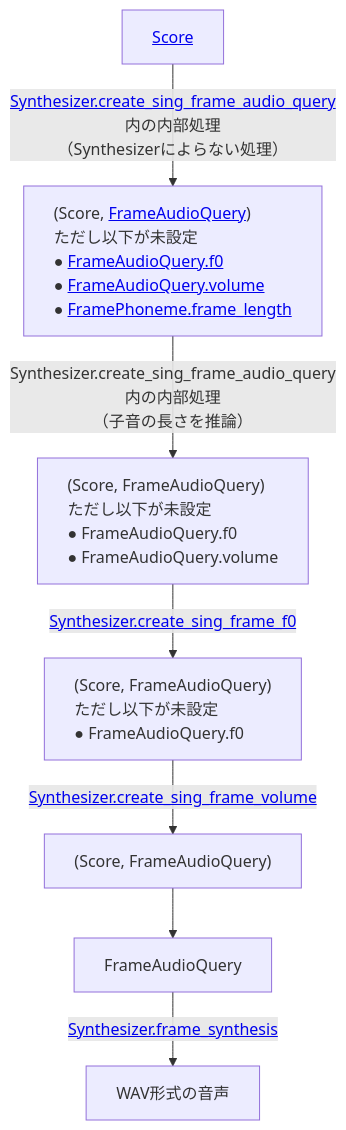
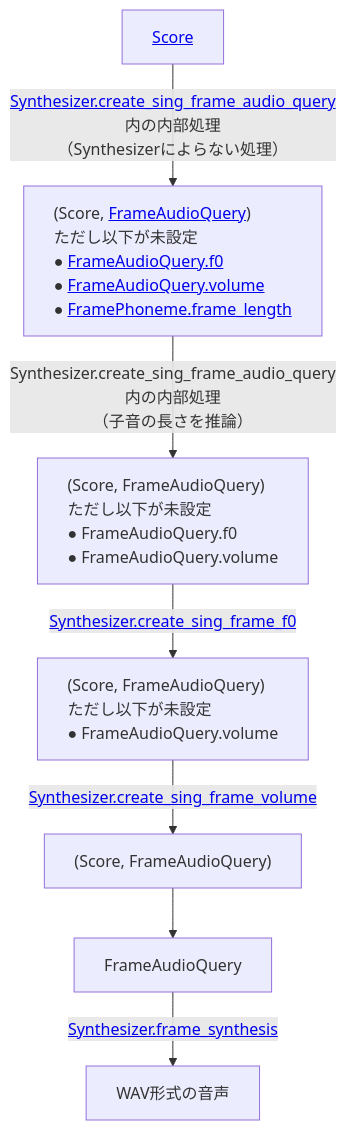
Before and after one commit to VOICEVOX/voicevox_core: the second of 2 diagrams in docs/guide/user/song.md, drawn with Mermaid. The commit also changed other lines of this file, not shown here.

````diff
--- a/docs/guide/user/song.md
+++ b/docs/guide/user/song.md
@@ -116,34 +116,34 @@
 ```mermaid
 %%{init: {"flowchart": {"wrappingWidth": 1000}}}%%
 flowchart TD;
   score[<a href="https://voicevox.github.io/voicevox_core/apis/python_api/autoapi/voicevox_core/index.html#voicevox_core.Score">Score</a>]
     -->|<a href="https://voicevox.github.io/voicevox_core/apis/python_api/autoapi/voicevox_core/blocking/index.html#voicevox_core.blocking.Synthesizer.create_sing_frame_audio_query">Synthesizer.create_sing_frame_audio_query</a>内の内部処理<br>（Synthesizerによらない処理）| phase1[
       #40;Score, <a href="https://voicevox.github.io/voicevox_core/apis/python_api/autoapi/voicevox_core/index.html#voicevox_core.FrameAudioQuery">FrameAudioQuery</a>#41;
       ただし以下が未設定
       ● <a href="https://voicevox.github.io/voicevox_core/apis/python_api/autoapi/voicevox_core/index.html#voicevox_core.FrameAudioQuery.f0">FrameAudioQuery.f0</a>
       ● <a href="https://voicevox.github.io/voicevox_core/apis/python_api/autoapi/voicevox_core/index.html#voicevox_core.FrameAudioQuery.volume">FrameAudioQuery.volume</a>
       ● <a href="https://voicevox.github.io/voicevox_core/apis/python_api/autoapi/voicevox_core/index.html#voicevox_core.FramePhoneme.frame_length">FramePhoneme.frame_length</a>
     ]
     -->|Synthesizer.create_sing_frame_audio_query内の内部処理<br>（子音の長さを推論）| phase2[
       #40;Score, FrameAudioQuery#41;
       ただし以下が未設定
       ● FrameAudioQuery.f0
       ● FrameAudioQuery.volume
     ]
     -->|<a href="https://voicevox.github.io/voicevox_core/apis/python_api/autoapi/voicevox_core/blocking/index.html#voicevox_core.blocking.Synthesizer.create_sing_frame_f0">Synthesizer.create_sing_frame_f0</a>| phase3[
       #40;Score, FrameAudioQuery#41;
       ただし以下が未設定
-      ● FrameAudioQuery.f0
+      ● FrameAudioQuery.volume
     ]
     -->|<a href="https://voicevox.github.io/voicevox_core/apis/python_api/autoapi/voicevox_core/blocking/index.html#voicevox_core.blocking.Synthesizer.create_sing_frame_volume">Synthesizer.create_sing_frame_volume</a>| phase4[
       #40;Score, FrameAudioQuery#41;
     ]
     --> phase5[
       FrameAudioQuery
     ]
     -->|<a href="https://voicevox.github.io/voicevox_core/apis/python_api/autoapi/voicevox_core/blocking/index.html#voicevox_core.blocking.Synthesizer.frame_synthesis">Synthesizer.frame_synthesis</a>| WAV形式の音声
   style phase1 text-align: left
   style phase2 text-align: left
   style phase3 text-align: left
   style phase4 text-align: left
 ```
````
